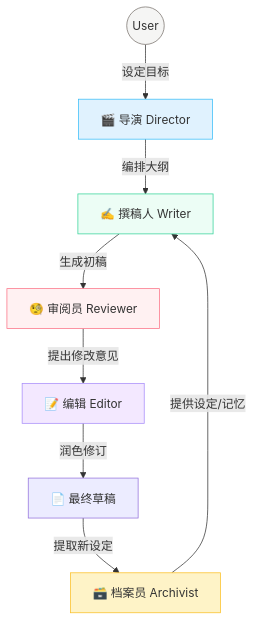
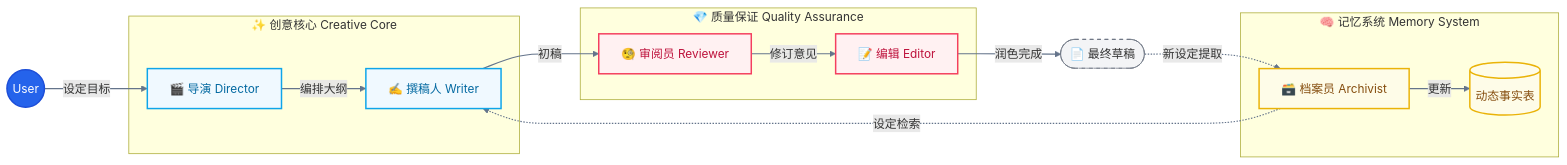
The diagram in README.md (unitagain/WenShape), drawn with Mermaid before and after one commit. The commit also changed other lines of this file, not shown here.

Commit message:
docs: update README with beautified workflow graph and fanfiction feature intro

````diff
--- a/README.md
+++ b/README.md
@@ -41,17 +41,35 @@
 ```mermaid
-graph TD
-    User((User)) -->|设定目标| Director[🎬 导演 Director]
-    Director -->|编排大纲| Writer[✍️ 撰稿人 Writer]
-    Archivist[🗃️ 档案员 Archivist] -->|提供设定/记忆| Writer
-    Writer -->|生成初稿| Reviewer[🧐 审阅员 Reviewer]
-    Reviewer -->|提出修改意见| Editor[📝 编辑 Editor]
-    Editor -->|润色修订| Draft[📄 最终草稿]
-    Draft -->|提取新设定| Archivist
+graph LR
+    %% 样式定义
+    classDef user fill:#2563EB,stroke:#1D4ED8,stroke-width:2px,color:#fff
+    classDef creative fill:#F0F9FF,stroke:#0EA5E9,stroke-width:2px,color:#0369A1
+    classDef quality fill:#FFF1F2,stroke:#F43F5E,stroke-width:2px,color:#BE123C
+    classDef memory fill:#FEFCE8,stroke:#EAB308,stroke-width:2px,color:#854D0E
+    classDef artifact fill:#F3F4F6,stroke:#6B7280,stroke-width:1px,stroke-dasharray: 5 5
+
+    User((User)):::user -->|设定目标| Director
     
-    style User fill:#F5F5F4,stroke:#78716C
-    style Director fill:#E0F2FE,stroke:#38BDF8
-    style Writer fill:#ECFDF5,stroke:#34D399
-    style Archivist fill:#FEF3C7,stroke:#FBBF24
-    style Reviewer fill:#FFF1F2,stroke:#FB7185
-    style Editor fill:#F3E8FF,stroke:#A78BFA
+    subgraph "✨ 创意核心 Creative Core"
+        Director[🎬 导演 Director]:::creative -->|编排大纲| Writer[✍️ 撰稿人 Writer]:::creative
+    end
+
+    subgraph "🧠 记忆系统 Memory System"
+        Archivist[🗃️ 档案员 Archivist]:::memory
+        Canon[(动态事实表)]:::memory
+    end
+
+    subgraph "💎 质量保证 Quality Assurance"
+        Writer -->|初稿| Reviewer[🧐 审阅员 Reviewer]:::quality
+        Reviewer -->|修订意见| Editor[📝 编辑 Editor]:::quality
+    end
+
+    Editor -->|润色完成| Draft([📄 最终草稿]):::artifact
+    
+    %% 交互流
+    Archivist -.->|设定检索| Writer
+    Draft -.->|新设定提取| Archivist
+    Archivist -->|更新| Canon
+    
+    %% 连接样式
+    linkStyle default stroke:#64748B,stroke-width:1.5px
 ```
````
